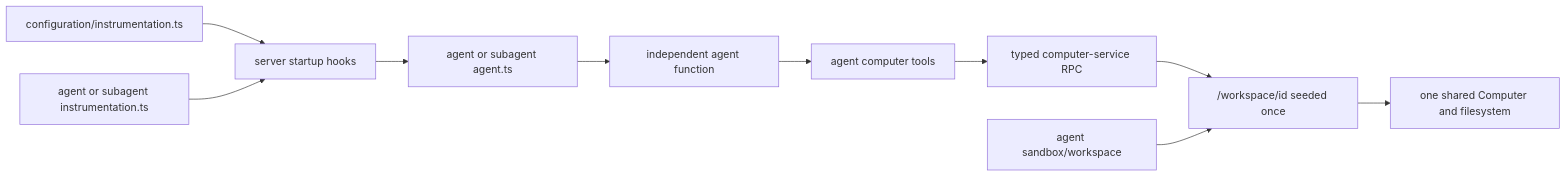
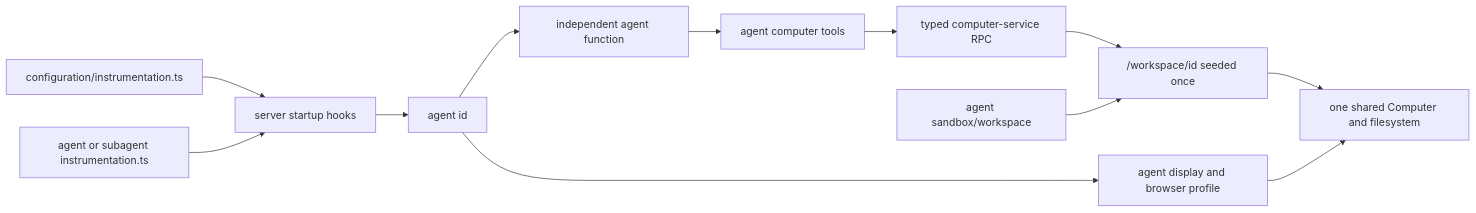
The diagram in docs/adrs/0011-eve-compatible-agent-layout.md (trytilde/dispatch), drawn with Mermaid before and after one commit. The commit also changed other lines of this file and 42 other files, not shown here.

````diff
--- a/docs/adrs/0011-eve-compatible-agent-layout.md
+++ b/docs/adrs/0011-eve-compatible-agent-layout.md
@@ -76,12 +78,14 @@
 ```mermaid
 flowchart LR
   G["configuration/instrumentation.ts"] --> H["server startup hooks"]
   A["agent or subagent instrumentation.ts"] --> H
   H --> E["agent or subagent agent.ts"]
   E --> F["independent agent function"]
   F --> T["agent computer tools"]
   T --> C["typed computer-service RPC"]
   C --> U
   W["agent sandbox/workspace"] --> U["/workspace/id seeded once"]
   U --> S["one shared Computer and filesystem"]
+  E["agent id"] --> D["agent display and browser profile"]
+  D --> S
 ```
````
